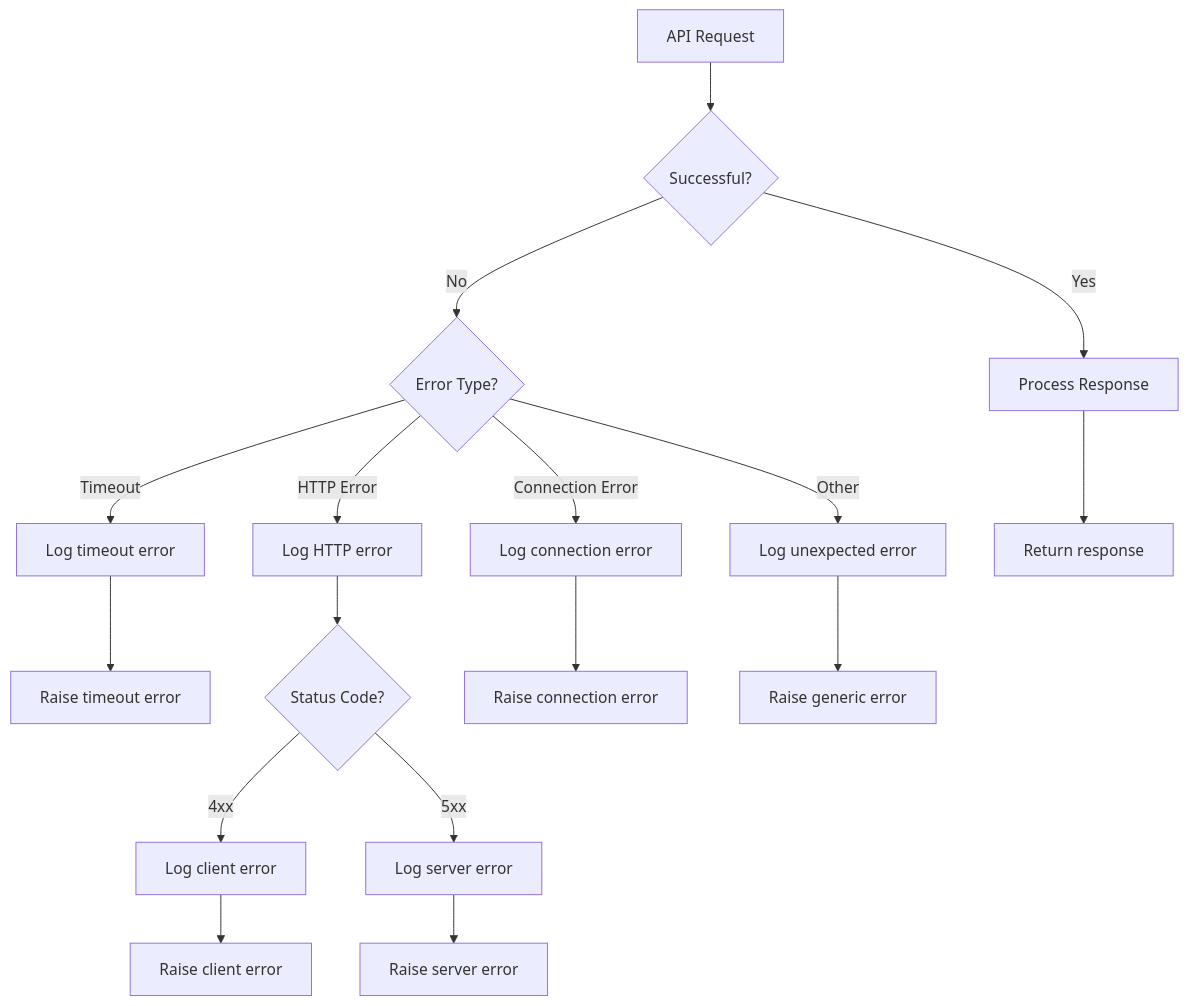
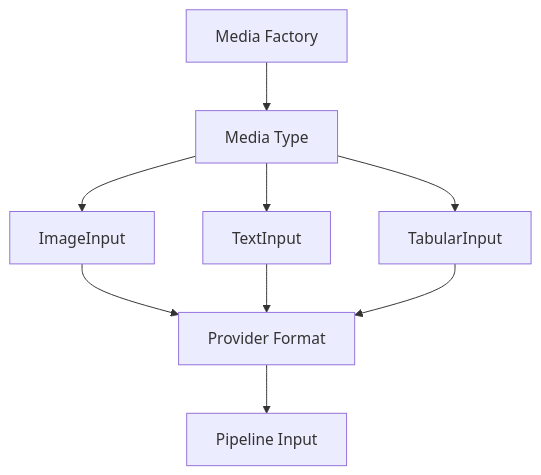
One commit to lpalbou/AbstractLLM changed the third of 6 diagrams in docs/data_flow.md. Above: the diagram before and after it, drawn with Mermaid. The commit also changed other lines of this file and 45 other files, not shown here.

````diff
--- a/docs/data_flow.md
+++ b/docs/data_flow.md
@@ -615,26 +39,11 @@
 ```mermaid
-flowchart TD
-    A[API Request] --> B{Successful?}
-    B -->|Yes| C[Process Response]
-    B -->|No| D{Error Type?}
-    
-    D -->|Timeout| E[Log timeout error]
-    E --> F[Raise timeout error]
-    
-    D -->|HTTP Error| G[Log HTTP error]
-    G --> H{Status Code?}
-    
-    H -->|4xx| I[Log client error]
-    I --> J[Raise client error]
-    
-    H -->|5xx| K[Log server error]
-    K --> L[Raise server error]
-    
-    D -->|Connection Error| M[Log connection error]
-    M --> N[Raise connection error]
-    
-    D -->|Other| O[Log unexpected error]
-    O --> P[Raise generic error]
-    
-    C --> Q[Return response]
+graph TD
+    A[Media Factory] --> B[Media Type]
+    B --> C[ImageInput]
+    B --> D[TextInput]
+    B --> E[TabularInput]
+    C --> F[Provider Format]
+    D --> F
+    E --> F
+    F --> G[Pipeline Input]
 ```
````
